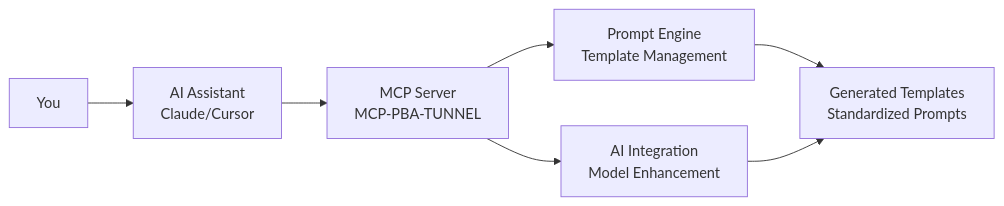
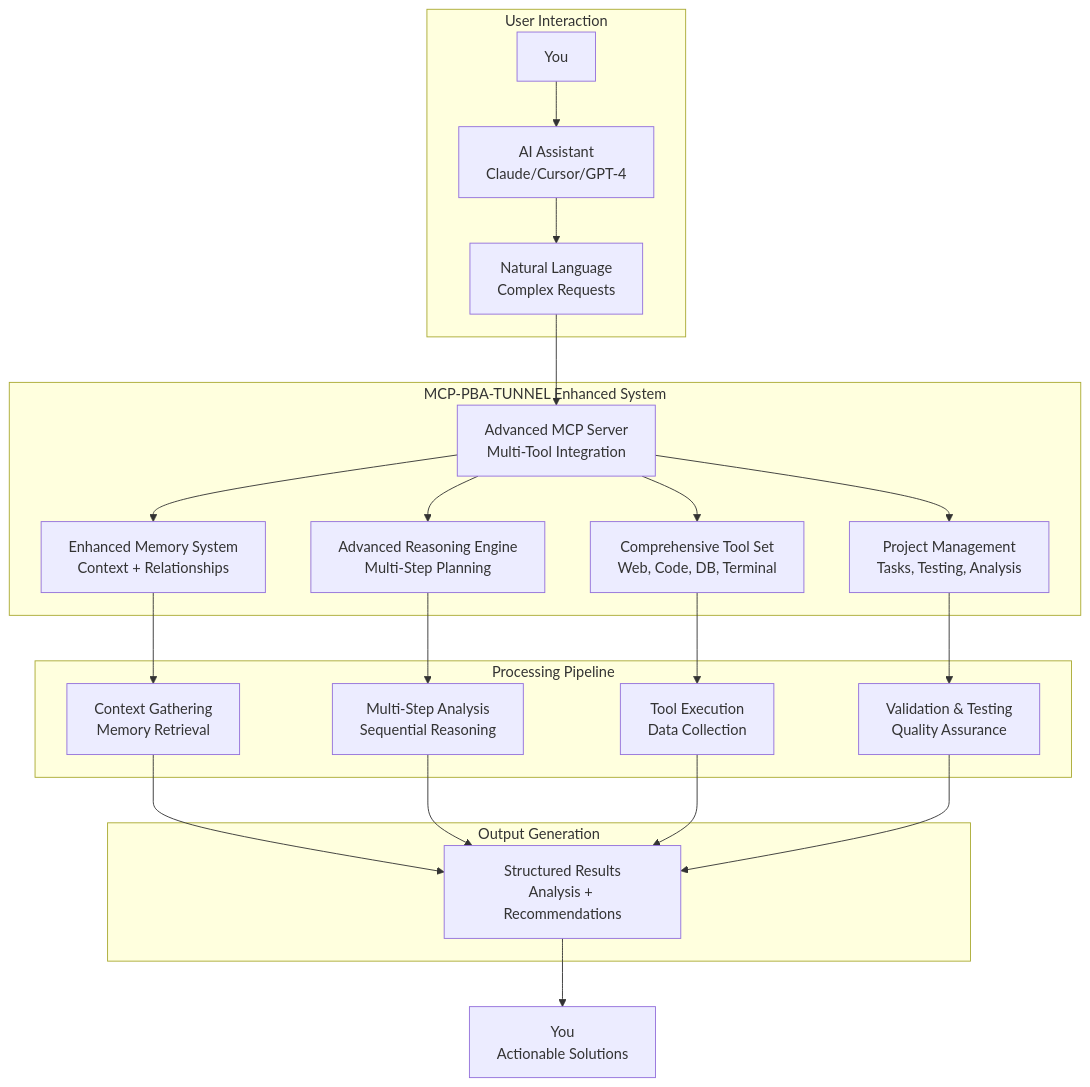
Before and after one commit to shennawardana23/mcp-go-py: the diagram in documents/user-guide.md, drawn with Mermaid. The commit also changed other lines of this file and 18 other files, not shown here.

Commit message:
feat: add enhanced mcp capabilities with memory system and advanced tools

````diff
--- a/documents/user-guide.md
+++ b/documents/user-guide.md
@@ -74,9 +79,31 @@
 ```mermaid
-graph LR
-    A[You] --> B[AI Assistant<br/>Claude/Cursor]
-    B --> C[MCP Server<br/>MCP-PBA-TUNNEL]
-    C --> D[Prompt Engine<br/>Template Management]
-    C --> E[AI Integration<br/>Model Enhancement]
-    D --> F[Generated Templates<br/>Standardized Prompts]
-    E --> F
+graph TB
+    subgraph "User Interaction"
+        A[You] --> B[AI Assistant<br/>Claude/Cursor/GPT-4]
+        B --> C[Natural Language<br/>Complex Requests]
+    end
+
+    subgraph "MCP-PBA-TUNNEL Enhanced System"
+        C --> D[Advanced MCP Server<br/>Multi-Tool Integration]
+        D --> E[Enhanced Memory System<br/>Context + Relationships]
+        D --> F[Advanced Reasoning Engine<br/>Multi-Step Planning]
+        D --> G[Comprehensive Tool Set<br/>Web, Code, DB, Terminal]
+        D --> H[Project Management<br/>Tasks, Testing, Analysis]
+    end
+
+    subgraph "Processing Pipeline"
+        E --> I[Context Gathering<br/>Memory Retrieval]
+        F --> J[Multi-Step Analysis<br/>Sequential Reasoning]
+        G --> K[Tool Execution<br/>Data Collection]
+        H --> L[Validation & Testing<br/>Quality Assurance]
+    end
+
+    subgraph "Output Generation"
+        I --> M[Structured Results<br/>Analysis + Recommendations]
+        J --> M
+        K --> M
+        L --> M
+    end
+
+    M --> N[You<br/>Actionable Solutions]
 ```
````
